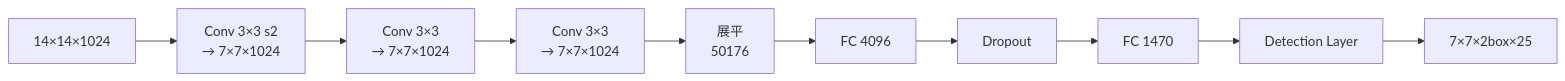
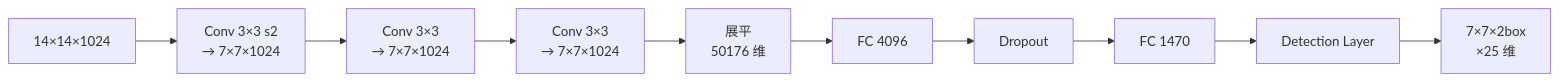
The third of 4 diagrams in docs/versions/v1/architecture.md (yejinlei/agent-yolo), drawn with Mermaid before and after one commit. The commit also changed other lines of this file and 6 other files, not shown here.

First line of the commit message:
根治 mermaid 节点文字被裁（CSS 行高泄漏）+ 修复 8 张完全不渲染的图

````diff
--- a/docs/versions/v1/architecture.md
+++ b/docs/versions/v1/architecture.md
@@ -141,15 +141,15 @@
 ```mermaid
 flowchart LR
     IN["14×14×1024"]
     D["Conv 3×3 s2<br/>→ 7×7×1024"]
     C1["Conv 3×3<br/>→ 7×7×1024"]
     C2["Conv 3×3<br/>→ 7×7×1024"]
-    FLATTEN["展平<br/>50176"]
+    FLATTEN["展平<br/>50176 维"]
     FC1["FC 4096"]
     DROP["Dropout"]
     FC2["FC 1470"]
     DET["Detection Layer"]
-    OUT["7×7×2box×25"]
+    OUT["7×7×2box<br/>×25 维"]
 
     IN --> D --> C1 --> C2 --> FLATTEN --> FC1 --> DROP --> FC2 --> DET --> OUT
 ```
````
